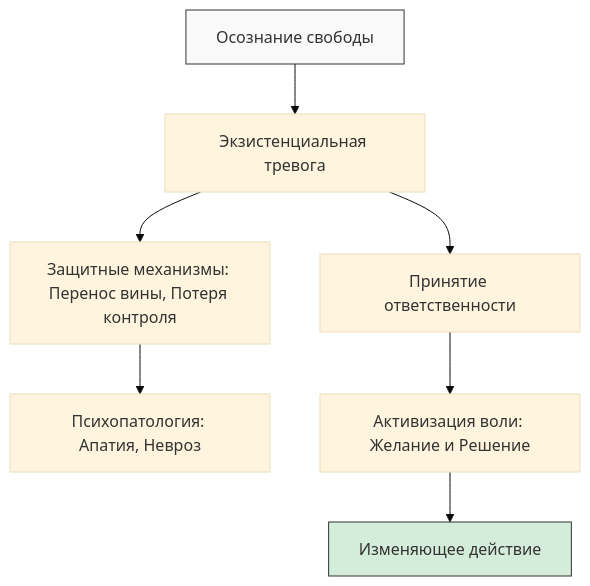
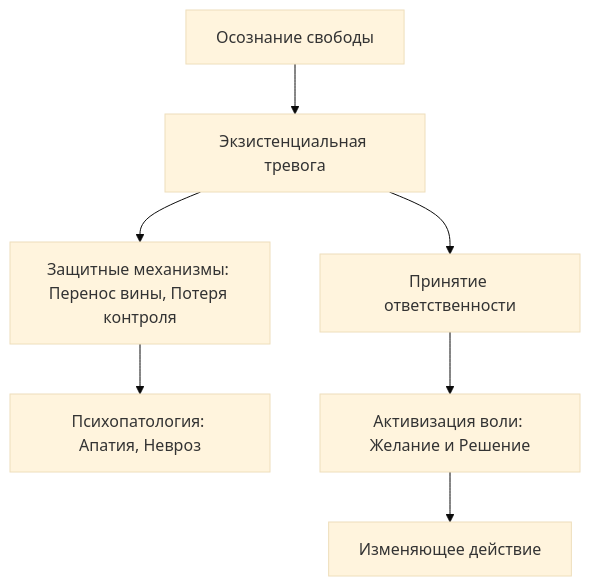
One commit to becasualle/vimutti changed the diagram in content/articles/psychology/existential/svoboda-i-otvetstvennost-ekzistencialnaya-terapiya.mdx. Above: the diagram before and after it, drawn with Mermaid (base theme). The commit also changed 30 other files, not shown here.

````diff
--- a/content/articles/psychology/existential/svoboda-i-otvetstvennost-ekzistencialnaya-terapiya.mdx
+++ b/content/articles/psychology/existential/svoboda-i-otvetstvennost-ekzistencialnaya-terapiya.mdx
@@ -28,11 +28,9 @@
 ```mermaid
 graph TD
     A[Осознание свободы] --> B[Экзистенциальная тревога]
     B --> C[Защитные механизмы: Перенос вины, Потеря контроля]
     C --> D[Психопатология: Апатия, Невроз]
     B --> E[Принятие ответственности]
     E --> F[Активизация воли: Желание и Решение]
     F --> G[Изменяющее действие]
-    style A fill:#f9f9f9,stroke:#333
-    style G fill:#d4edda,stroke:#333
 ```
````
